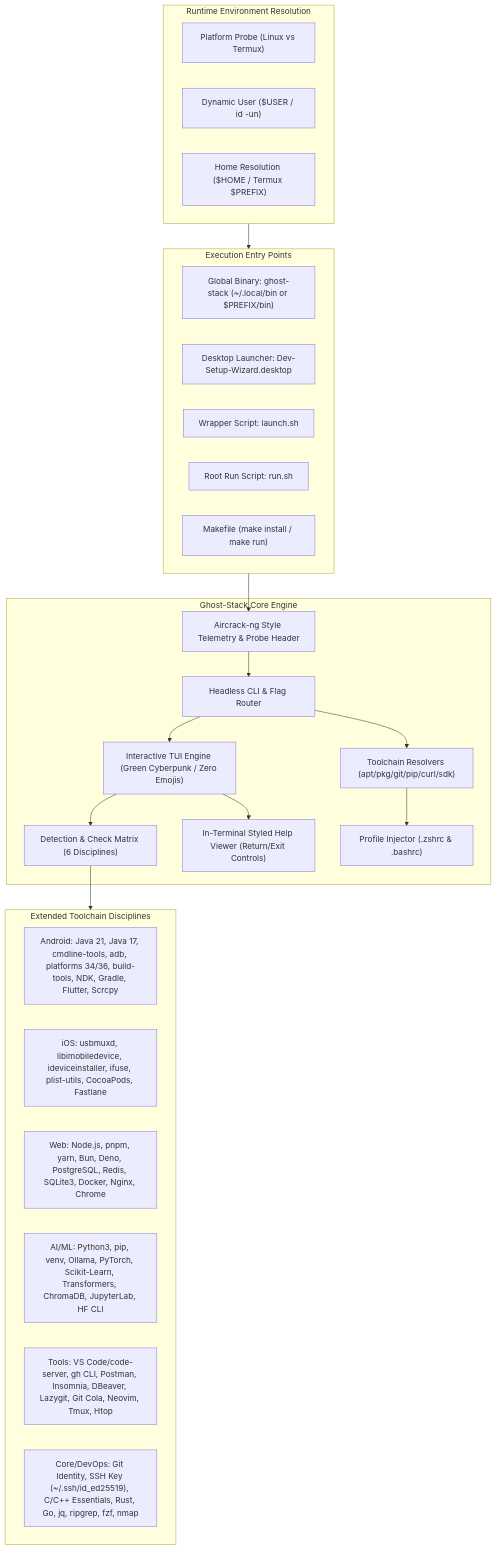
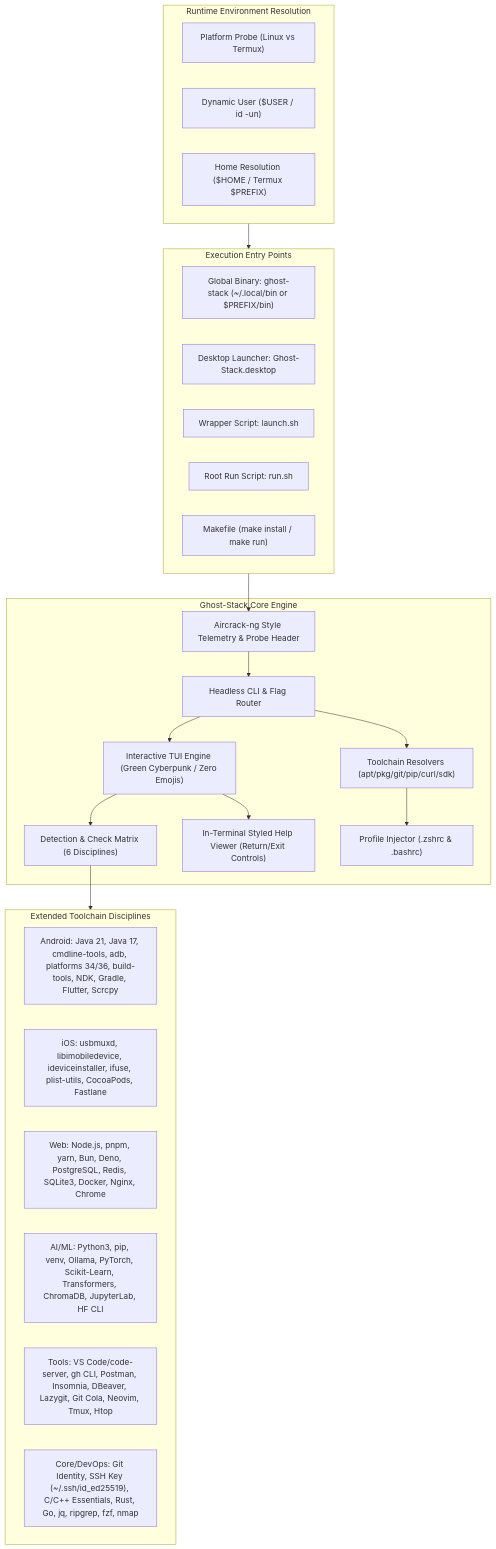
Before and after one commit to Mwenda-Boniface/Development-Setup-Wizard: the diagram in implementation.md, drawn with Mermaid. The commit also changed 8 other files, not shown here.

Commit message:
refactor(core): replace all dev-wizard naming with ghost-stack, add immediate post-install verification, and rename desktop launcher

````diff
--- a/implementation.md
+++ b/implementation.md
@@ -16,45 +16,45 @@
 ```mermaid
 graph TD
     subgraph Environment_Resolution["Runtime Environment Resolution"]
         Host_Detect["Platform Probe (Linux vs Termux)"]
         User_Detect["Dynamic User ($USER / id -un)"]
         Home_Detect["Home Resolution ($HOME / Termux $PREFIX)"]
     end
 
     subgraph Entry_Points["Execution Entry Points"]
         CLI["Global Binary: ghost-stack (~/.local/bin or $PREFIX/bin)"]
-        DESKTOP["Desktop Launcher: Dev-Setup-Wizard.desktop"]
+        DESKTOP["Desktop Launcher: Ghost-Stack.desktop"]
         LAUNCHER["Wrapper Script: launch.sh"]
         ROOT_RUN["Root Run Script: run.sh"]
         MAKE["Makefile (make install / make run)"]
     end
 
     subgraph Engine_Core["Ghost-Stack Core Engine"]
         Telemetry["Aircrack-ng Style Telemetry & Probe Header"]
         ArgParser["Headless CLI & Flag Router"]
         TUI["Interactive TUI Engine (Green Cyberpunk / Zero Emojis)"]
         StateMatrix["Detection & Check Matrix (6 Disciplines)"]
         HelpViewer["In-Terminal Styled Help Viewer (Return/Exit Controls)"]
         ResolverEngine["Toolchain Resolvers (apt/pkg/git/pip/curl/sdk)"]
         EnvSync["Profile Injector (.zshrc & .bashrc)"]
     end
 
     subgraph Disciplines["Extended Toolchain Disciplines"]
         D_Android["Android: Java 21, Java 17, cmdline-tools, adb, platforms 34/36, build-tools, NDK, Gradle, Flutter, Scrcpy"]
         D_iOS["iOS: usbmuxd, libimobiledevice, ideviceinstaller, ifuse, plist-utils, CocoaPods, Fastlane"]
         D_Web["Web: Node.js, pnpm, yarn, Bun, Deno, PostgreSQL, Redis, SQLite3, Docker, Nginx, Chrome"]
         D_AI["AI/ML: Python3, pip, venv, Ollama, PyTorch, Scikit-Learn, Transformers, ChromaDB, JupyterLab, HF CLI"]
         D_Tools["Tools: VS Code/code-server, gh CLI, Postman, Insomnia, DBeaver, Lazygit, Git Cola, Neovim, Tmux, Htop"]
         D_Core["Core/DevOps: Git Identity, SSH Key (~/.ssh/id_ed25519), C/C++ Essentials, Rust, Go, jq, ripgrep, fzf, nmap"]
     end
 
     Environment_Resolution --> Entry_Points
     Entry_Points --> Telemetry
     Telemetry --> ArgParser
     ArgParser --> TUI
     TUI --> StateMatrix
     StateMatrix --> Disciplines
     TUI --> HelpViewer
     ArgParser --> ResolverEngine
     ResolverEngine --> EnvSync
 ```
````
